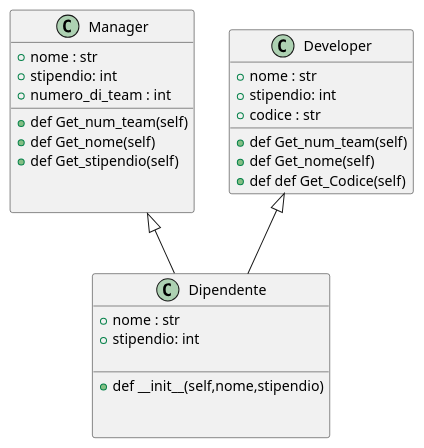
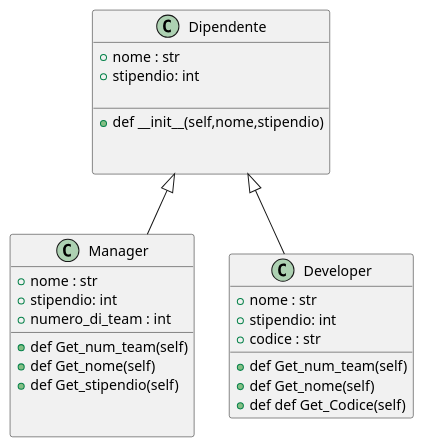
The diagram in pumlpuml/5.puml (AlessandroSanchi/4mAAAA), drawn with PlantUML before and after one commit. The commit also changed 2 other files, not shown here.

```diff
--- a/pumlpuml/5.puml
+++ b/pumlpuml/5.puml
@@ -1,39 +1,39 @@
 @startuml a
 
 class Dipendente {
     +nome : str
     +stipendio: int
 
     __
     +def __init__(self,nome,stipendio)
 
 
 }
 class Manager {
      +nome : str
      +stipendio: int
      +numero_di_team : int 
      __
      +def Get_num_team(self)
      +def Get_nome(self)
      +def Get_stipendio(self)
 
 
 }
 class Developer {
      +nome : str
      +stipendio: int
      +codice : str 
      __
      +def Get_num_team(self)
      +def Get_nome(self)
      +def def Get_Codice(self)
 }
 
     
 
 
-Manager <|-- Dipendente
-Developer <|-- Dipendente
+Dipendente <|-- Manager
+Dipendente<|-- Developer
 
 @enduml
```
